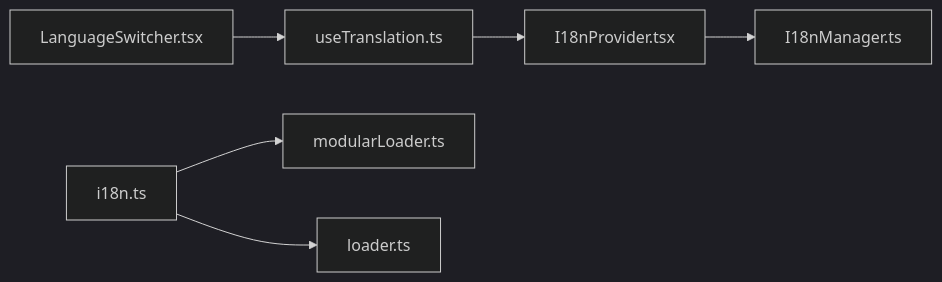
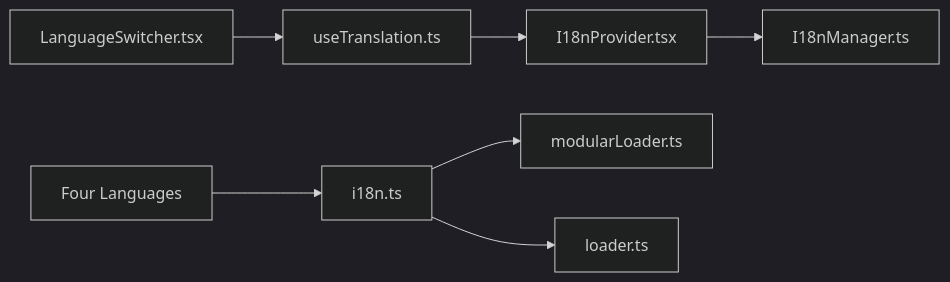
The eighth of 8 diagrams in .qoder/repowiki/en/content/Internationalization.md (geniusdynamics/schoolpilot), drawn with Mermaid (dark theme) before and after one commit. The commit also changed other lines of this file and 21 other files, not shown here.

````diff
--- a/.qoder/repowiki/en/content/Internationalization.md
+++ b/.qoder/repowiki/en/content/Internationalization.md
@@ -275,8 +430,9 @@
 ```mermaid
 graph LR
 Provider["I18nProvider.tsx"] --> Manager["I18nManager.ts"]
 Hook["useTranslation.ts"] --> Provider
 Bootstrap["i18n.ts"] --> Modular["modularLoader.ts"]
 Bootstrap --> Static["loader.ts"]
 Switcher["LanguageSwitcher.tsx"] --> Hook
+Languages["Four Languages"] --> Bootstrap
 ```
````
